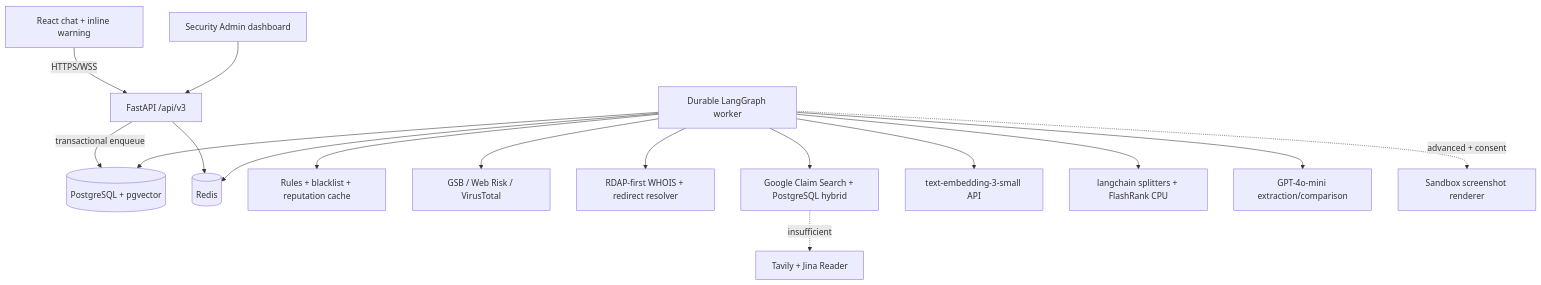
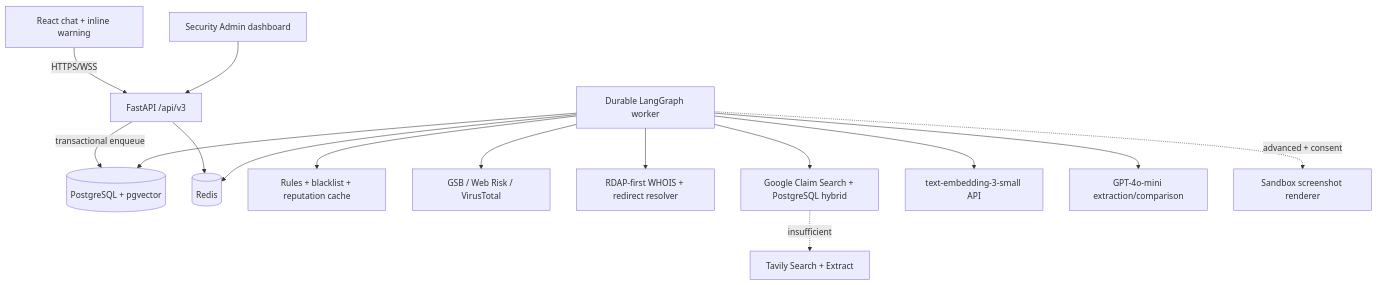
The third of 5 diagrams in docs/01-ARCHITECTURE.md (Binhdn04/TrustGuard-AI), drawn with Mermaid before and after one commit. The commit also changed other lines of this file and 48 other files, not shown here.

````diff
--- a/docs/01-ARCHITECTURE.md
+++ b/docs/01-ARCHITECTURE.md
@@ -206,18 +205,17 @@
 ```mermaid
 flowchart TB
     Web["React chat + inline warning"] -->|HTTPS/WSS| API[FastAPI /api/v3]
     Admin["Security Admin dashboard"] --> API
     API -->|transactional enqueue| DB[(PostgreSQL + pgvector)]
     API --> Redis[(Redis)]
     Worker[Durable LangGraph worker] --> DB
     Worker --> Redis
     Worker --> Local[Rules + blacklist + reputation cache]
     Worker --> Reputation[GSB / Web Risk / VirusTotal]
     Worker --> Domain[RDAP-first WHOIS + redirect resolver]
     Worker --> Facts[Google Claim Search + PostgreSQL hybrid]
-    Facts -. insufficient .-> WebEvidence[Tavily + Jina Reader]
+    Facts -. insufficient .-> WebEvidence[Tavily Search + Extract]
     Worker --> Embed[text-embedding-3-small API]
-    Worker --> Rerank[langchain splitters + FlashRank CPU]
     Worker --> LLM[GPT-4o-mini extraction/comparison]
     Worker -. advanced + consent .-> Screenshot[Sandbox screenshot renderer]
 ```
````
